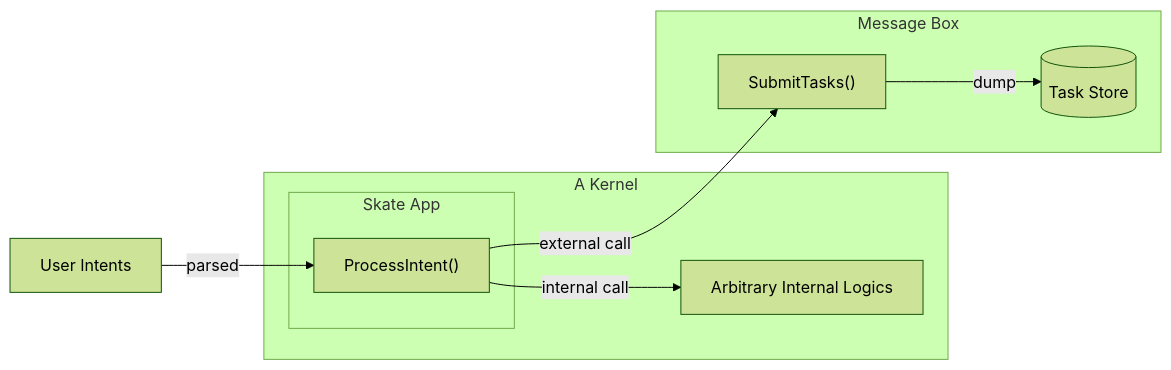
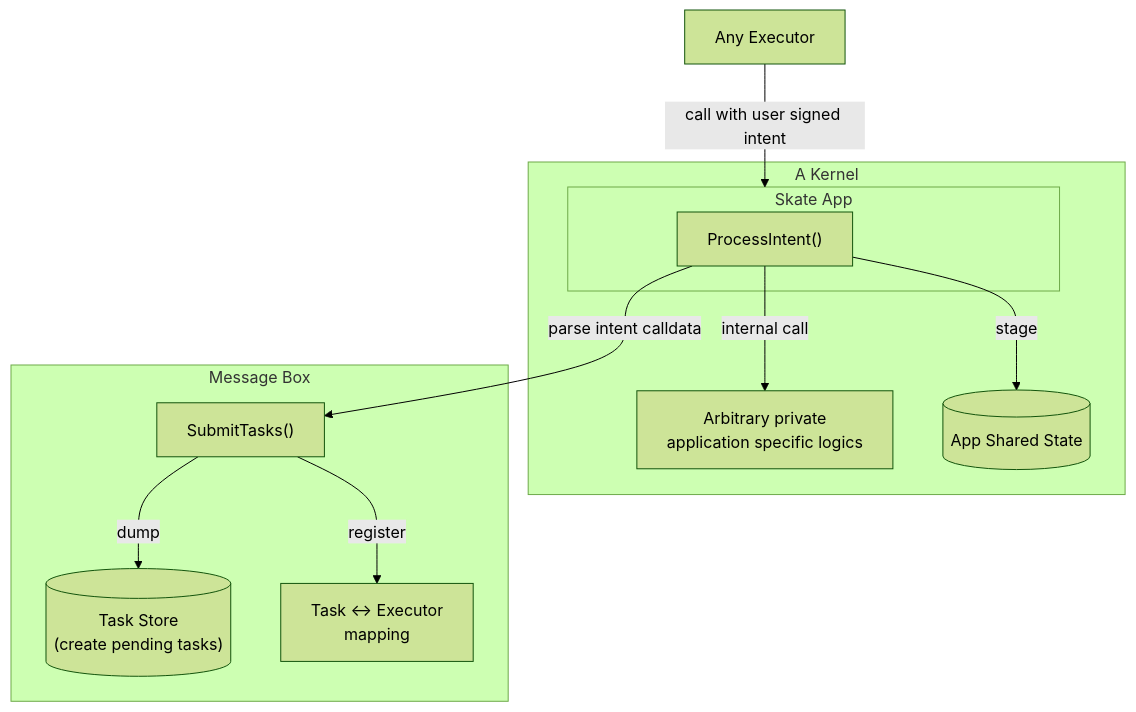
One commit to Skate-Org/docs changed the diagram in architecture/kernel.mdx. Above: the diagram before and after it, drawn with Mermaid (forest theme). The commit also changed other lines of this file and 6 other files, not shown here.

````diff
--- a/architecture/kernel.mdx
+++ b/architecture/kernel.mdx
@@ -26,21 +28,24 @@
 ```mermaid
-  flowchart LR
-    intent[User Intents] -- parsed --> processIntent
+  flowchart TB
+    executor[Any Executor] -- "call with user signed intent" --> skateApp
 
     subgraph kernel[A Kernel]
-      f0[Arbitrary Internal Logics]
+      f0["Arbitrary private \napplication specific logics"]
+      state[(App Shared State)]
       subgraph skateApp[Skate App]
         processIntent["ProcessIntent()"]
       end
       processIntent -- internal call --> f0
+      processIntent -- stage --> state
     end
     
-    processIntent -- external call --> submitTask
+    processIntent -- parse intent calldata --> submitTask
 
     subgraph MB[Message Box]
       submitTask["SubmitTasks()"]
-      taskStore[(Task Store)]
+      taskStore[("Task Store \n(create pending tasks)")]
 
       submitTask -- dump --> taskStore
+      submitTask -- register --> regExecution["Task <-> Executor \nmapping"]
     end
 ```
````
